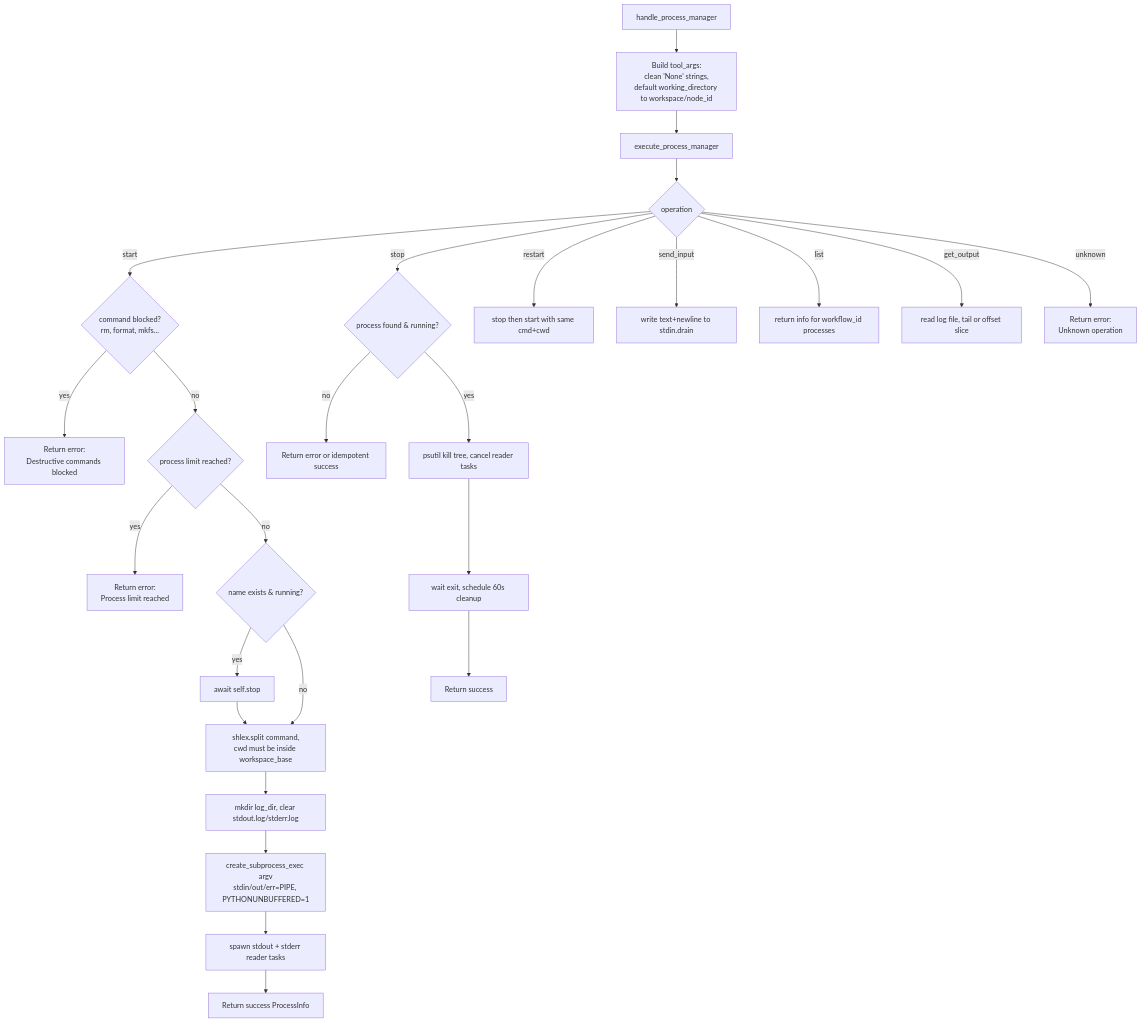
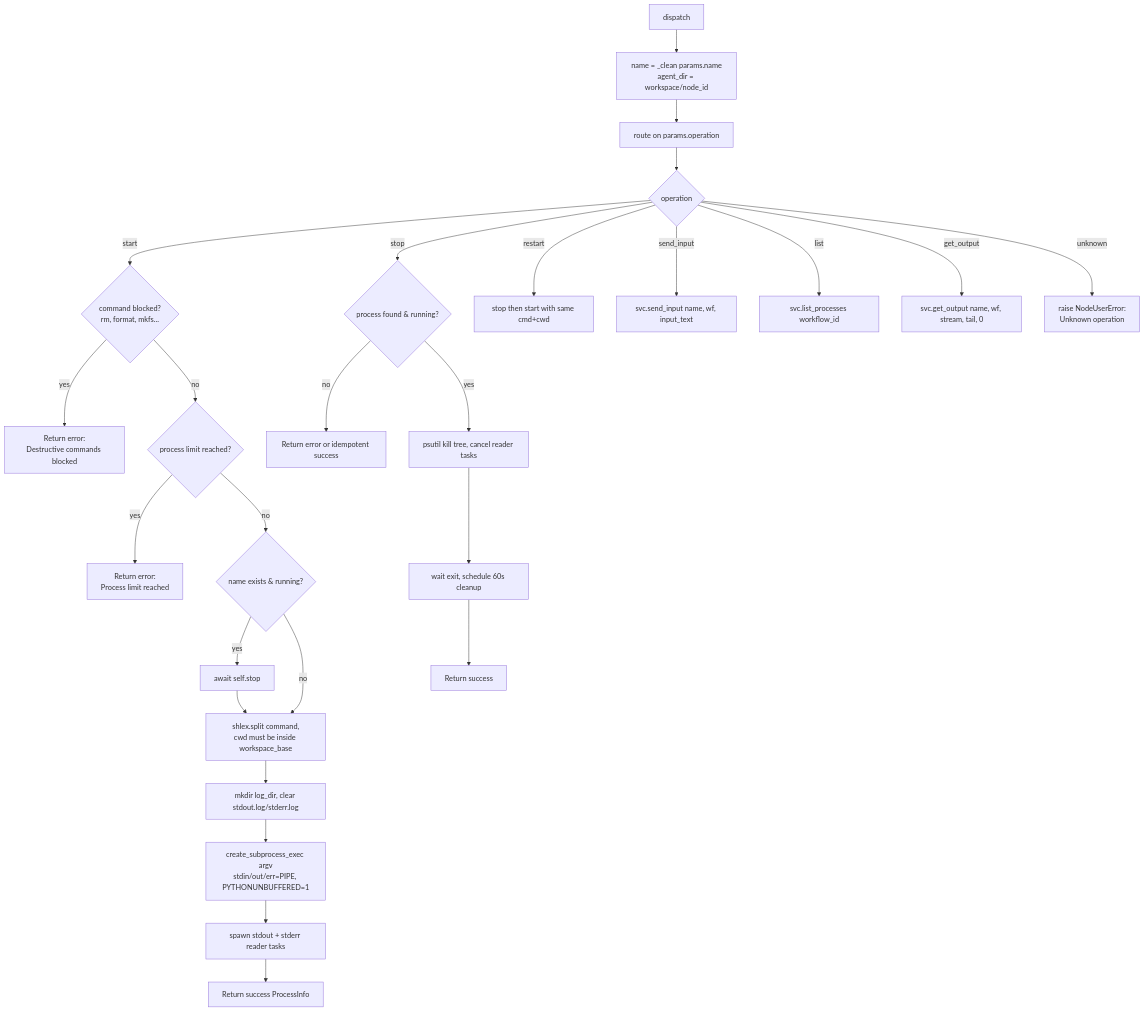
Before and after one commit to zeenie-ai/OpenCompany: the diagram in docs-internal/node-logic-flows/code_fs_process/processManager.md, drawn with Mermaid. The commit also changed other lines of this file and 132 other files, not shown here.

````diff
--- a/docs-internal/node-logic-flows/code_fs_process/processManager.md
+++ b/docs-internal/node-logic-flows/code_fs_process/processManager.md
@@ -63,28 +72,28 @@
 ```mermaid
 flowchart TD
-  A[handle_process_manager] --> B[Build tool_args:<br/>clean 'None' strings,<br/>default working_directory to workspace/node_id]
-  B --> C[execute_process_manager]
+  A[dispatch] --> B[name = _clean params.name<br/>agent_dir = workspace/node_id]
+  B --> C[route on params.operation]
   C --> D{operation}
   D -- start --> S1{command blocked?<br/>rm, format, mkfs...}
   S1 -- yes --> Sblk[Return error:<br/>Destructive commands blocked]
   S1 -- no --> S2{process limit reached?}
   S2 -- yes --> Slim[Return error:<br/>Process limit reached]
   S2 -- no --> S3{name exists & running?}
   S3 -- yes --> S3s[await self.stop]
   S3 -- no --> S4
   S3s --> S4[shlex.split command,<br/>cwd must be inside workspace_base]
   S4 --> S5[mkdir log_dir, clear stdout.log/stderr.log]
   S5 --> S6[create_subprocess_exec argv<br/>stdin/out/err=PIPE, PYTHONUNBUFFERED=1]
   S6 --> S7[spawn stdout + stderr reader tasks]
   S7 --> S8[Return success ProcessInfo]
   D -- stop --> St1{process found & running?}
   St1 -- no --> Sterr[Return error or idempotent success]
   St1 -- yes --> St2[psutil kill tree, cancel reader tasks]
   St2 --> St3[wait exit, schedule 60s cleanup]
   St3 --> St4[Return success]
   D -- restart --> R[stop then start with same cmd+cwd]
-  D -- send_input --> I1[write text+newline to stdin.drain]
-  D -- list --> L[return info for workflow_id processes]
-  D -- get_output --> O[read log file, tail or offset slice]
-  D -- unknown --> U[Return error:<br/>Unknown operation]
+  D -- send_input --> I1[svc.send_input name, wf, input_text]
+  D -- list --> L[svc.list_processes workflow_id]
+  D -- get_output --> O[svc.get_output name, wf, stream, tail, 0]
+  D -- unknown --> U[raise NodeUserError:<br/>Unknown operation]
 ```
````
